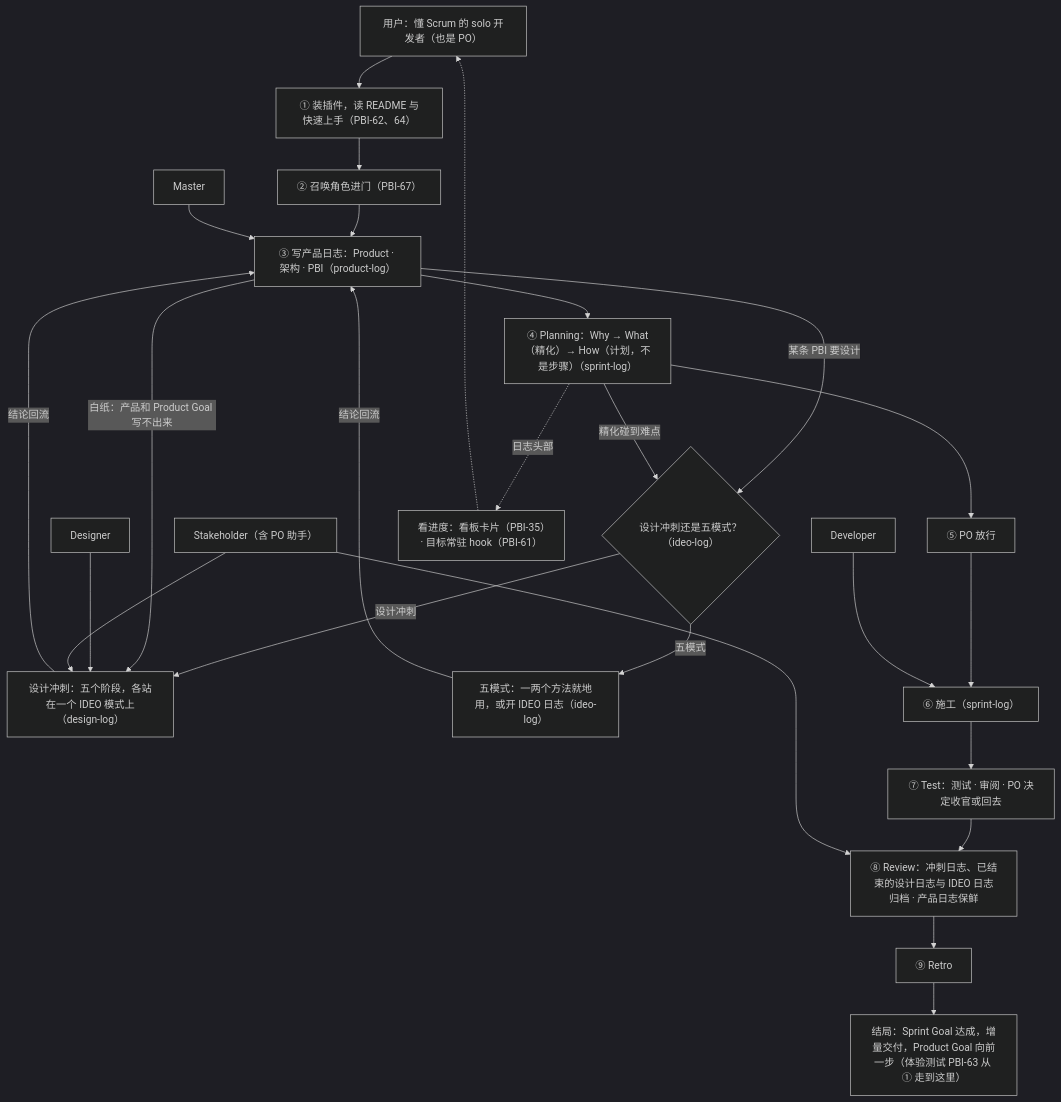
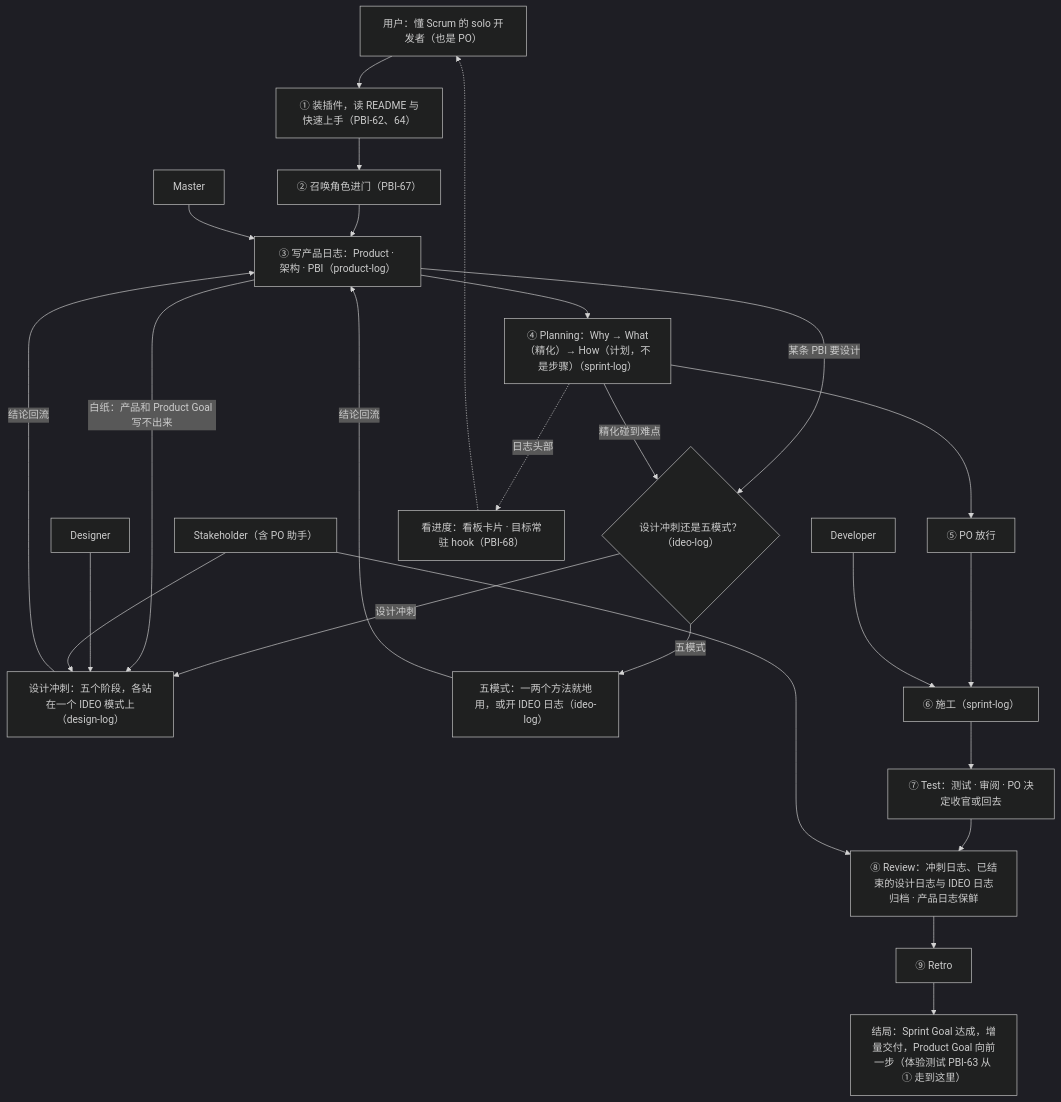
Before and after one commit to seapawn1/IDEO-Scrum: the diagram in scrum/ProductBacklog.md, drawn with Mermaid (dark theme). The commit also changed other lines of this file and 14 other files, not shown here.

Commit message:
docs(Sprint 19): 收官——Review（冲刺日志压缩归档；产品日志保鲜：35/61 移 3.2，登记 PBI-68 看板第 2 版（PO 强审），PBI-62 补说明点，地图与边界去掉已完成的编号；README 归档行）与 Retro（CLAUDE.md 当前状态、无头测法的 setting-sources 与 stream-json、核实子进程受限、hook 的做法）；发版 v6.0.2（Sprint 18、19 一起，PO 定）

````diff
--- a/scrum/ProductBacklog.md
+++ b/scrum/ProductBacklog.md
@@ -71,32 +71,32 @@
 ```mermaid
 flowchart TD
     U["用户：懂 Scrum 的 solo 开发者（也是 PO）"]
     M["Master"]
     D["Developer"]
     G["Designer"]
     S["Stakeholder（含 PO 助手）"]
     U --> A["① 装插件，读 README 与快速上手（PBI-62、64）"]
     A --> A2["② 召唤角色进门（PBI-67）"]
     A2 --> B["③ 写产品日志：Product · 架构 · PBI（product-log）"]
     M --> B
     B --> C["④ Planning：Why → What（精化）→ How（计划，不是步骤）（sprint-log）"]
     B -- "某条 PBI 要设计" --> X0{"设计冲刺还是五模式？（ideo-log）"}
     X0 -- "设计冲刺" --> X["设计冲刺：五个阶段，各站在一个 IDEO 模式上（design-log）"]
     X0 -- "五模式" --> I["五模式：一两个方法就地用，或开 IDEO 日志（ideo-log）"]
     B -- "白纸：产品和 Product Goal 写不出来" --> X
     C -- "精化碰到难点" --> X0
     G --> X
     S --> X
     X -- "结论回流" --> B
     I -- "结论回流" --> B
     C --> P["⑤ PO 放行"]
     P --> W["⑥ 施工（sprint-log）"]
     D --> W
     W --> R["⑦ Test：测试 · 审阅 · PO 决定收官或回去"]
     R --> V["⑧ Review：冲刺日志、已结束的设计日志与 IDEO 日志归档 · 产品日志保鲜"]
     S --> V
     V --> T["⑨ Retro"]
     T --> E["结局：Sprint Goal 达成，增量交付，Product Goal 向前一步（体验测试 PBI-63 从 ① 走到这里）"]
-    C -. "日志头部" .-> K["看进度：看板卡片（PBI-35）· 目标常驻 hook（PBI-61）"]
+    C -. "日志头部" .-> K["看进度：看板卡片 · 目标常驻 hook（PBI-68）"]
     K -.-> U
 ```
````
